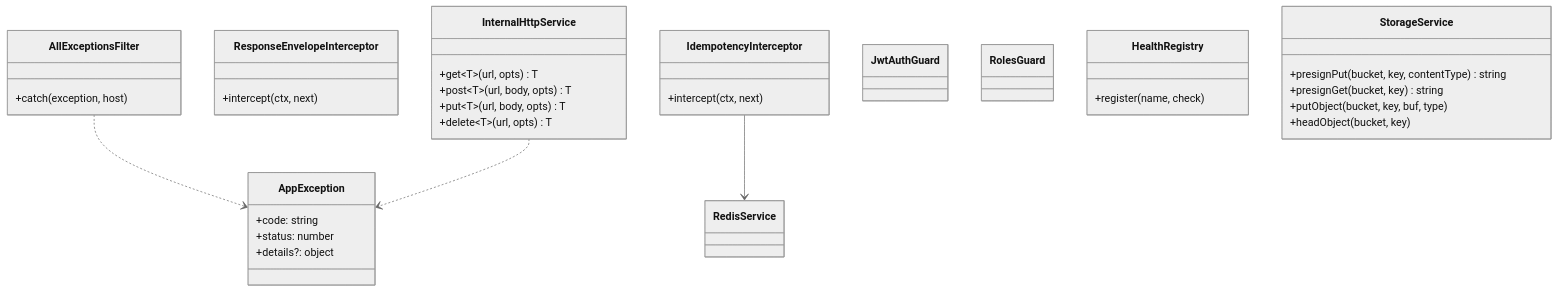
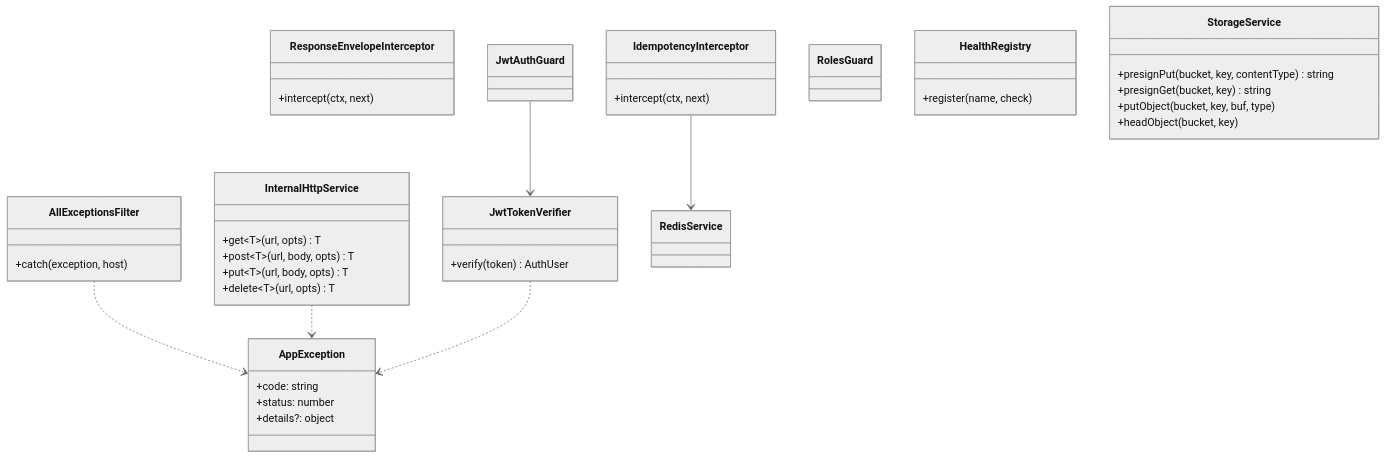
Before and after one commit to ITHoangLV/Realestate_Microservice: the diagram in project-knowledge/design/SHARED/RE.SERVICE_TEMPLATE/Component_Class_Design.md, drawn with Mermaid (neutral theme). The commit also changed other lines of this file and 7 other files, not shown here.

````diff
--- a/project-knowledge/design/SHARED/RE.SERVICE_TEMPLATE/Component_Class_Design.md
+++ b/project-knowledge/design/SHARED/RE.SERVICE_TEMPLATE/Component_Class_Design.md
@@ -38,37 +38,42 @@
 ```mermaid
 classDiagram
     class AppException {
       +code: string
       +status: number
       +details?: object
     }
     class AllExceptionsFilter {
       +catch(exception, host)
     }
     class ResponseEnvelopeInterceptor {
       +intercept(ctx, next)
     }
     class InternalHttpService {
       +get~T~(url, opts) T
       +post~T~(url, body, opts) T
       +put~T~(url, body, opts) T
       +delete~T~(url, opts) T
     }
     class IdempotencyInterceptor {
       +intercept(ctx, next)
     }
     class JwtAuthGuard
+    class JwtTokenVerifier {
+      +verify(token) AuthUser
+    }
     class RolesGuard
     class HealthRegistry {
       +register(name, check)
     }
     class StorageService {
       +presignPut(bucket, key, contentType) string
       +presignGet(bucket, key) string
       +putObject(bucket, key, buf, type)
       +headObject(bucket, key)
     }
     AllExceptionsFilter ..> AppException
     InternalHttpService ..> AppException
+    JwtAuthGuard --> JwtTokenVerifier
+    JwtTokenVerifier ..> AppException
     IdempotencyInterceptor --> RedisService
 ```
````
